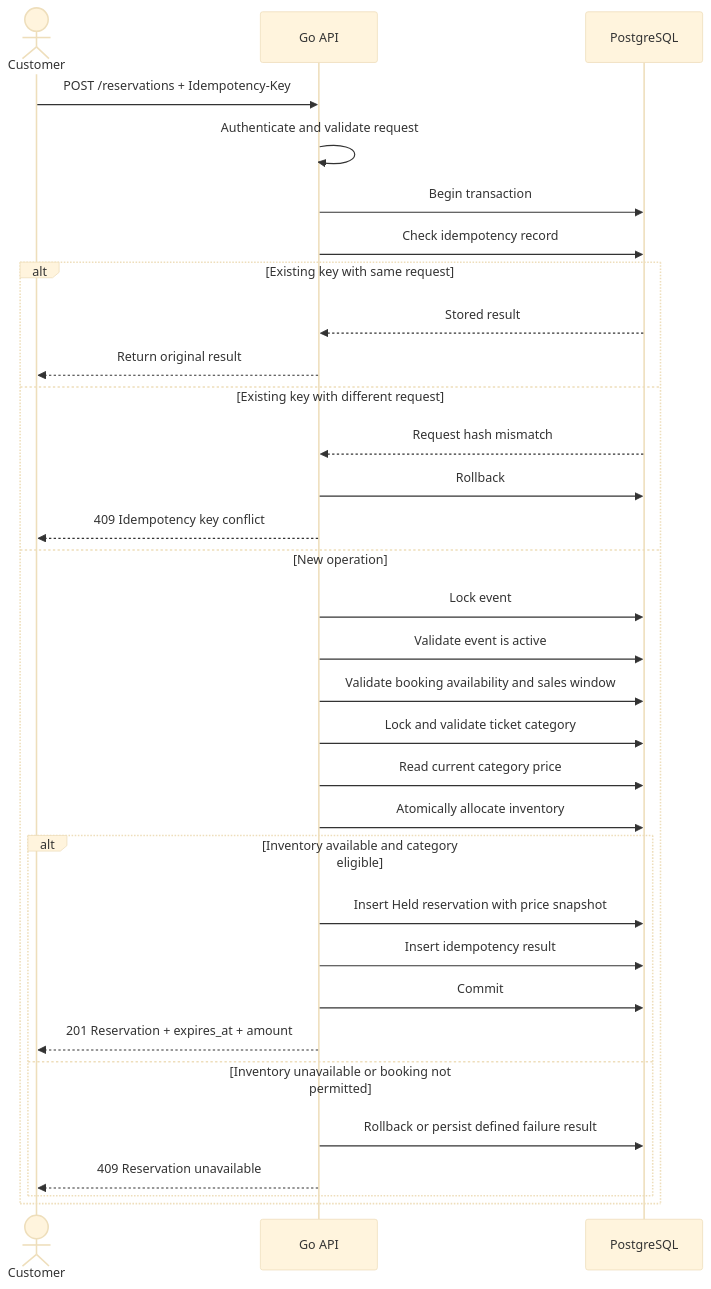
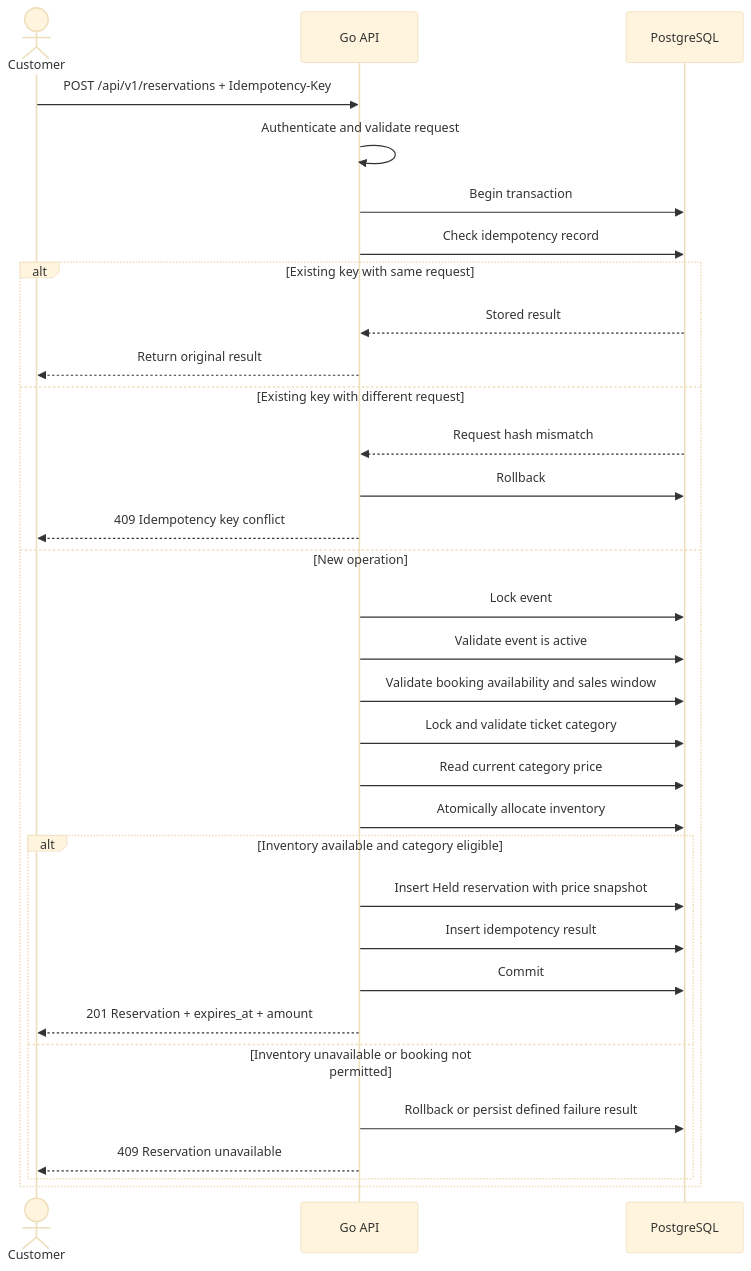
The tenth of 15 diagrams in docs/sequence-diagrams.md (Punith1117/ticket-forge), drawn with Mermaid (base theme) before and after one commit. The commit also changed other lines of this file and 7 other files, not shown here.

````diff
--- a/docs/sequence-diagrams.md
+++ b/docs/sequence-diagrams.md
@@ -161,43 +364,43 @@
 ```mermaid
 sequenceDiagram
     actor C as Customer
     participant API as Go API
     participant DB as PostgreSQL
 
-    C->>API: POST /reservations + Idempotency-Key
+    C->>API: POST /api/v1/reservations + Idempotency-Key
 
     API->>API: Authenticate and validate request
 
     API->>DB: Begin transaction
     API->>DB: Check idempotency record
 
     alt Existing key with same request
         DB-->>API: Stored result
         API-->>C: Return original result
 
     else Existing key with different request
         DB-->>API: Request hash mismatch
         API->>DB: Rollback
         API-->>C: 409 Idempotency key conflict
 
     else New operation
         API->>DB: Lock event
         API->>DB: Validate event is active
         API->>DB: Validate booking availability and sales window
         API->>DB: Lock and validate ticket category
         API->>DB: Read current category price
         API->>DB: Atomically allocate inventory
 
         alt Inventory available and category eligible
             API->>DB: Insert Held reservation with price snapshot
             API->>DB: Insert idempotency result
             API->>DB: Commit
 
             API-->>C: 201 Reservation + expires_at + amount
 
         else Inventory unavailable or booking not permitted
             API->>DB: Rollback or persist defined failure result
             API-->>C: 409 Reservation unavailable
         end
     end
 ```
````
